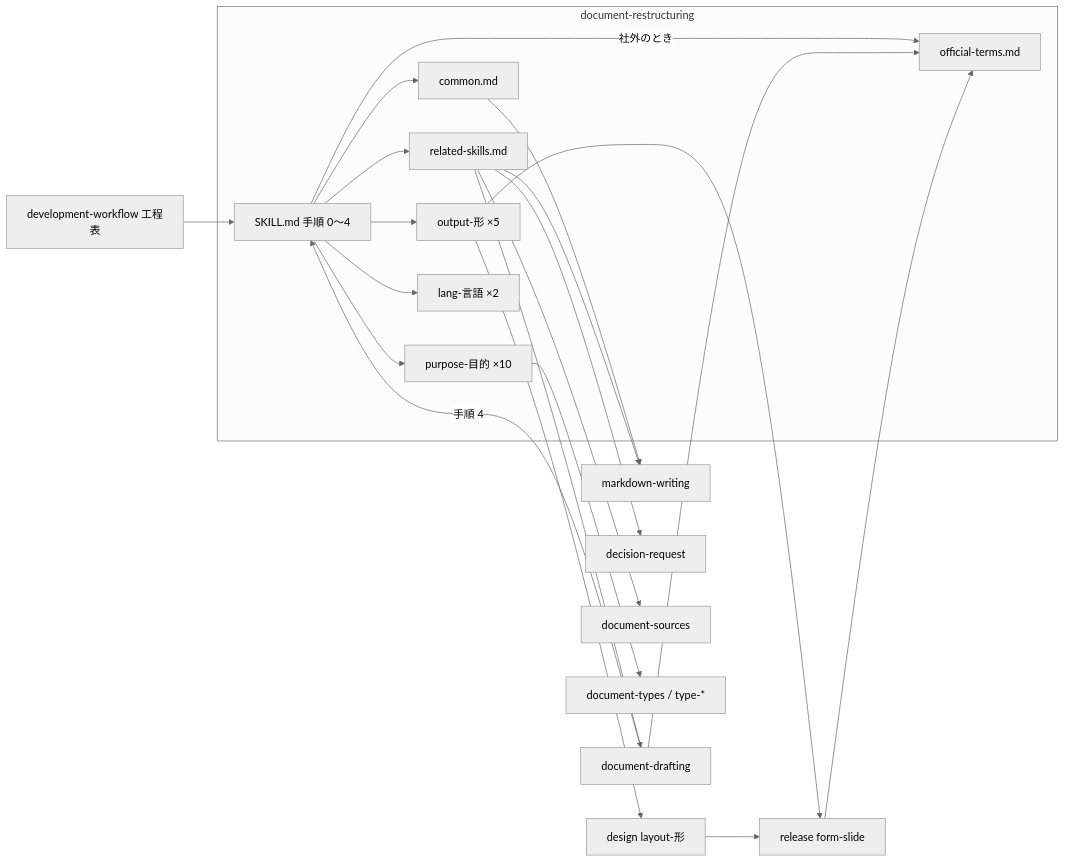
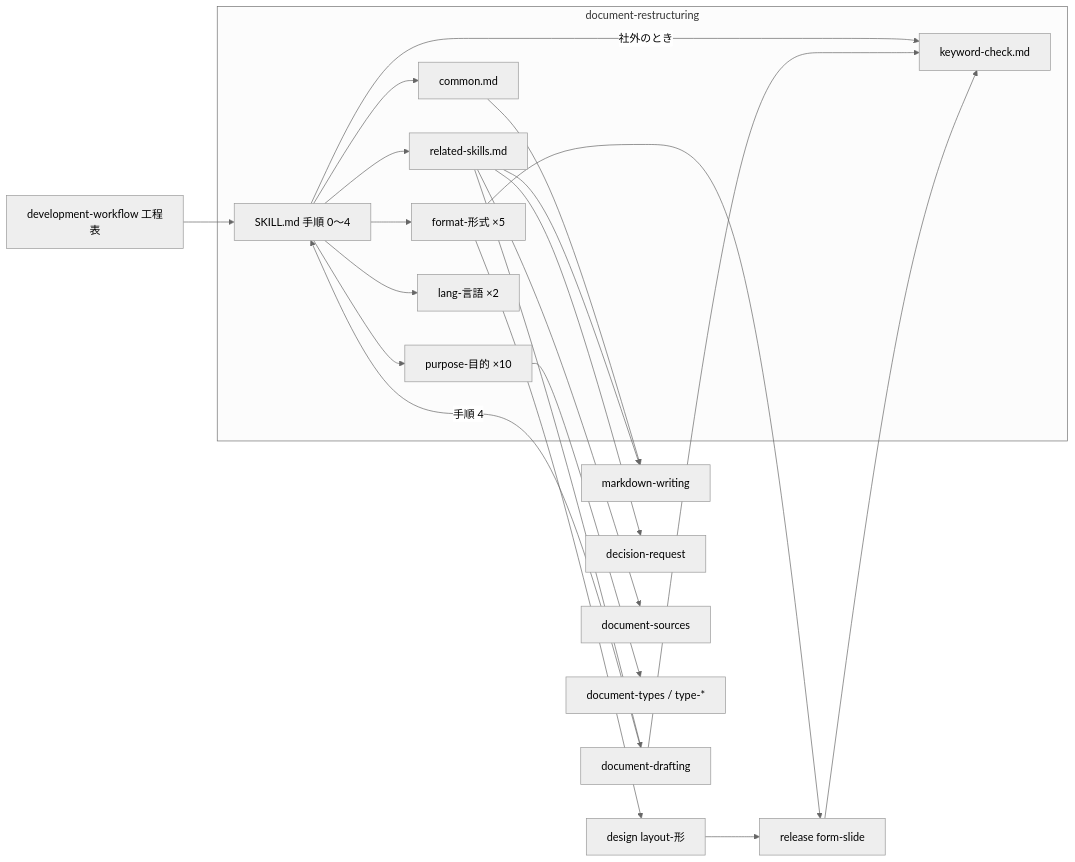
The first of 2 diagrams in issues/issue-2086-design.md (devbasex/ai-plugins), drawn with Mermaid (neutral theme) before and after one commit. The commit also changed other lines of this file and 3 other files, not shown here.

````diff
--- a/issues/issue-2086-design.md
+++ b/issues/issue-2086-design.md
@@ -128,23 +131,23 @@
 ```mermaid
 graph LR
   subgraph DR["document-restructuring"]
     S[SKILL.md 手順 0〜4]
     C[common.md]
     R[related-skills.md]
-    T[official-terms.md]
-    O[output-形 ×5]
+    T[keyword-check.md]
+    O[format-形式 ×5]
     P[purpose-目的 ×10]
     L[lang-言語 ×2]
   end
   S --> C & R & O & P & L
   S -->|社外のとき| T
   C --> MW[markdown-writing]
   R --> MW & DD[document-drafting] & DQ[decision-request] & DS[document-sources]
   O --> FS[release form-slide] & LY[design layout-形]
   P --> DT[document-types / type-*]
   DD -->|手順 4| S
   DD --> T
   FS --> T
   LY --> FS
   WF[development-workflow 工程表] --> S
 ```
````
